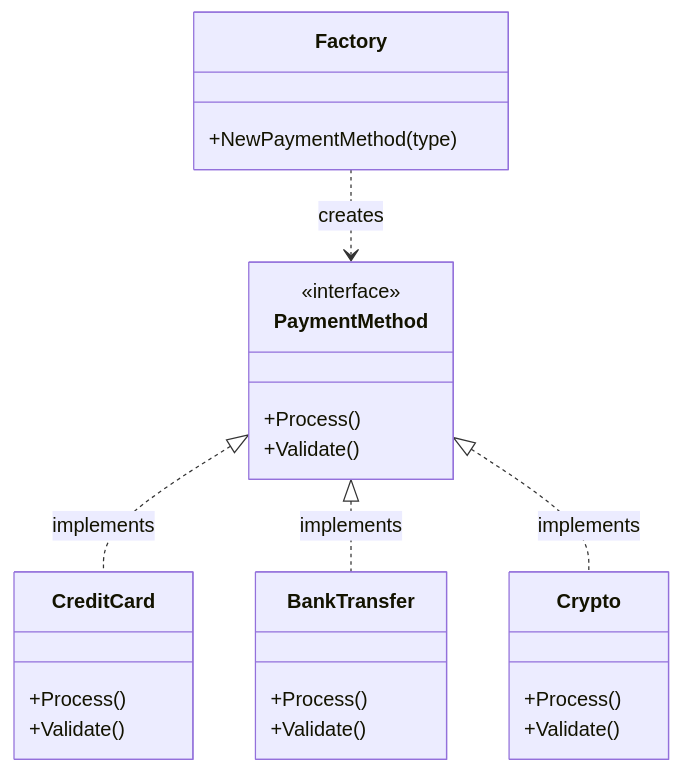
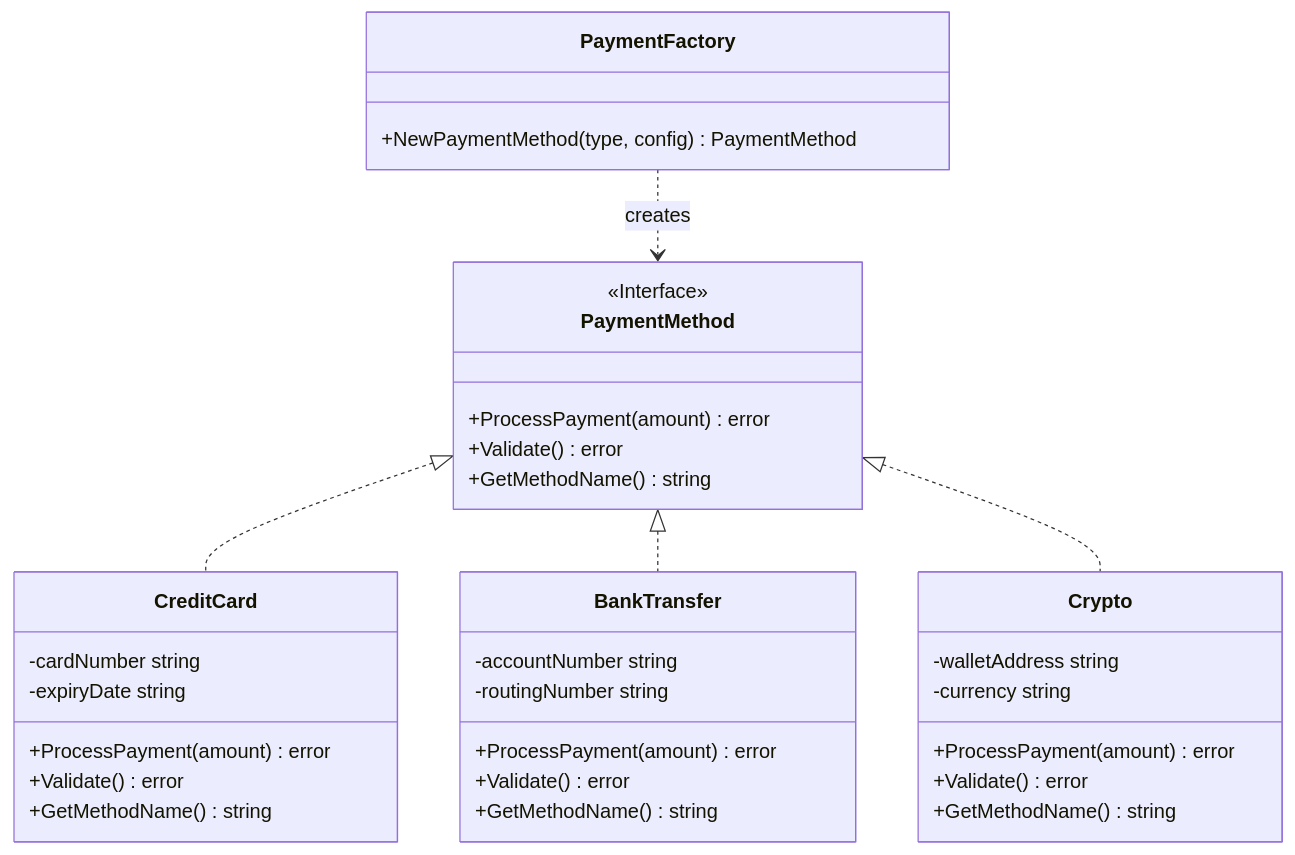
The first of 2 diagrams in creational/factory-method/README.md (JoshuaPangaribuan/design-pattern-go), drawn with Mermaid before and after one commit. The commit also changed other lines of this file and 23 other files, not shown here.

Commit message:
feat: add more diagrams

````diff
--- a/creational/factory-method/README.md
+++ b/creational/factory-method/README.md
@@ -23,28 +25,38 @@
 ```mermaid
 classDiagram
     class PaymentMethod {
-        <<interface>>
-        +Process()
-        +Validate()
+        <<Interface>>
+        +ProcessPayment(amount) error
+        +Validate() error
+        +GetMethodName() string
     }
     class CreditCard {
-        +Process()
-        +Validate()
+        -cardNumber string
+        -expiryDate string
+        +ProcessPayment(amount) error
+        +Validate() error
+        +GetMethodName() string
     }
     class BankTransfer {
-        +Process()
-        +Validate()
+        -accountNumber string
+        -routingNumber string
+        +ProcessPayment(amount) error
+        +Validate() error
+        +GetMethodName() string
     }
     class Crypto {
-        +Process()
-        +Validate()
+        -walletAddress string
+        -currency string
+        +ProcessPayment(amount) error
+        +Validate() error
+        +GetMethodName() string
     }
-    class Factory {
-        +NewPaymentMethod(type)
+    class PaymentFactory {
+        +NewPaymentMethod(type, config) PaymentMethod
     }
     
-    PaymentMethod <|.. CreditCard : implements
-    PaymentMethod <|.. BankTransfer : implements
-    PaymentMethod <|.. Crypto : implements
-    Factory ..> PaymentMethod : creates
+    PaymentMethod <|.. CreditCard
+    PaymentMethod <|.. BankTransfer
+    PaymentMethod <|.. Crypto
+    PaymentFactory ..> PaymentMethod : creates
 ```
````
